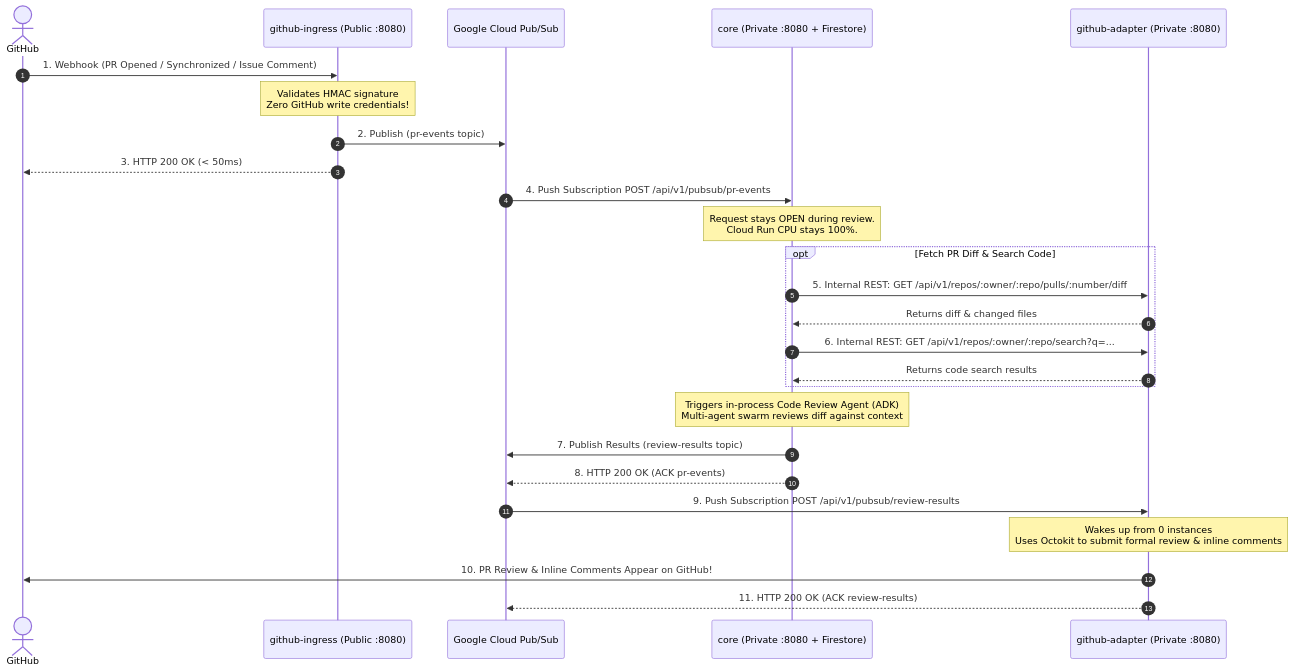
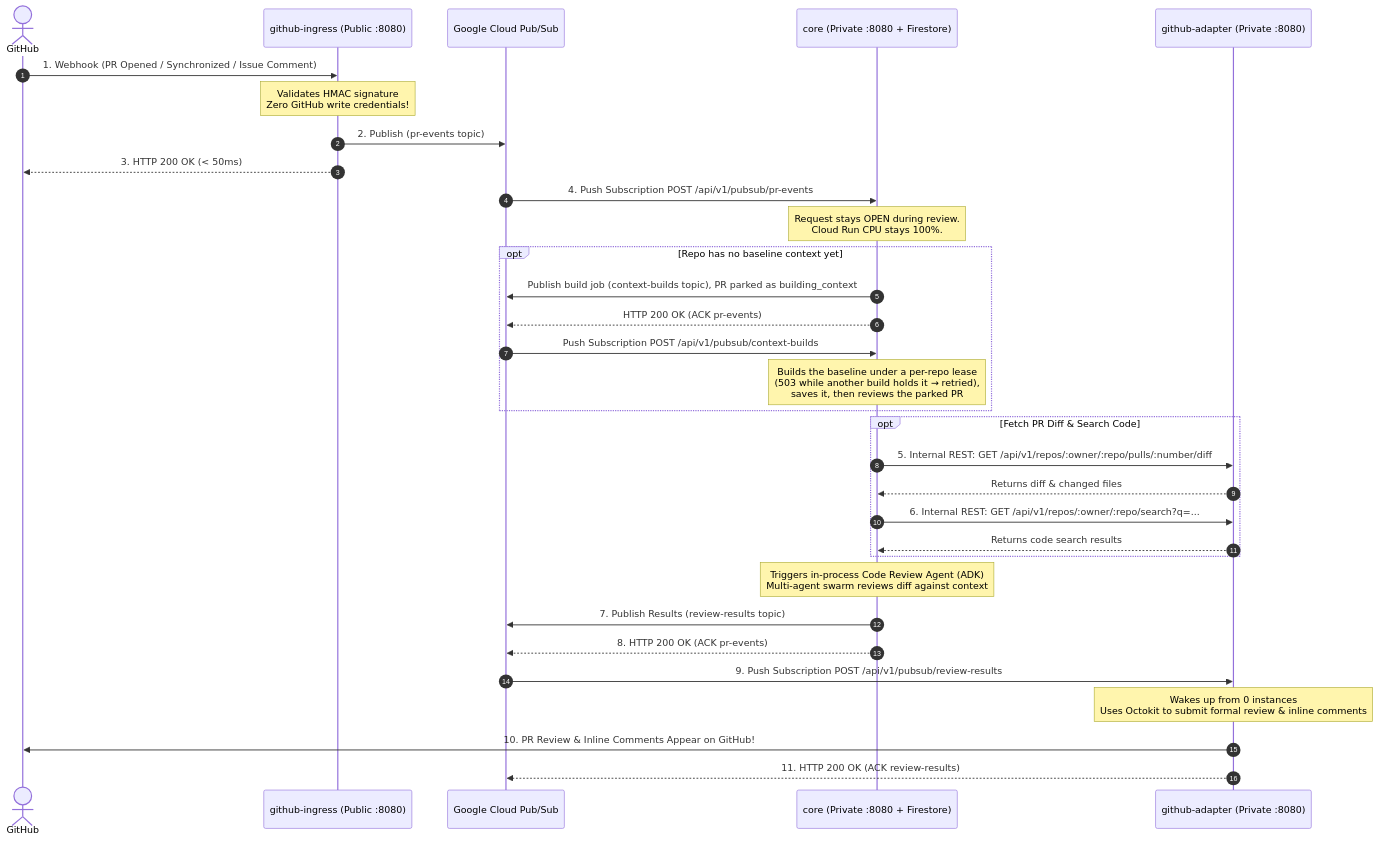
Before and after one commit to usermeme/code-review-agent: the diagram in README.md, drawn with Mermaid. The commit also changed other lines of this file and 22 other files, not shown here.

````diff
--- a/README.md
+++ b/README.md
@@ -24,37 +24,44 @@
 ```mermaid
 sequenceDiagram
     autonumber
     actor GitHub
     participant Ingress as github-ingress (Public :8080)
     participant Bus as Google Cloud Pub/Sub
     participant Core as core (Private :8080 + Firestore)
     participant Adapter as github-adapter (Private :8080)
 
     %% 1. Ingress
     GitHub->>Ingress: 1. Webhook (PR Opened / Synchronized / Issue Comment)
     Note over Ingress: Validates HMAC signature<br/>Zero GitHub write credentials!
     Ingress->>Bus: 2. Publish (pr-events topic)
     Ingress-->>GitHub: 3. HTTP 200 OK (< 50ms)
 
     %% 2. Orchestration & Agents (In-process)
     Bus->>Core: 4. Push Subscription POST /api/v1/pubsub/pr-events
     Note over Core: Request stays OPEN during review.<br/>Cloud Run CPU stays 100%.
 
+    opt Repo has no baseline context yet
+        Core->>Bus: Publish build job (context-builds topic), PR parked as building_context
+        Core-->>Bus: HTTP 200 OK (ACK pr-events)
+        Bus->>Core: Push Subscription POST /api/v1/pubsub/context-builds
+        Note over Core: Builds the baseline under a per-repo lease<br/>(503 while another build holds it → retried),<br/>saves it, then reviews the parked PR
+    end
+
     opt Fetch PR Diff & Search Code
         Core->>Adapter: 5. Internal REST: GET /api/v1/repos/:owner/:repo/pulls/:number/diff
         Adapter-->>Core: Returns diff & changed files
         Core->>Adapter: 6. Internal REST: GET /api/v1/repos/:owner/:repo/search?q=...
         Adapter-->>Core: Returns code search results
     end
 
     %% 3. Code Review
     Note over Core: Triggers in-process Code Review Agent (ADK)<br/>Multi-agent swarm reviews diff against context
 
     %% 4. Review Completion & Egress
     Core->>Bus: 7. Publish Results (review-results topic)
     Core-->>Bus: 8. HTTP 200 OK (ACK pr-events)
     Bus->>Adapter: 9. Push Subscription POST /api/v1/pubsub/review-results
     Note over Adapter: Wakes up from 0 instances<br/>Uses Octokit to submit formal review & inline comments
     Adapter->>GitHub: 10. PR Review & Inline Comments Appear on GitHub!
     Adapter-->>Bus: 11. HTTP 200 OK (ACK review-results)
 ```
````
